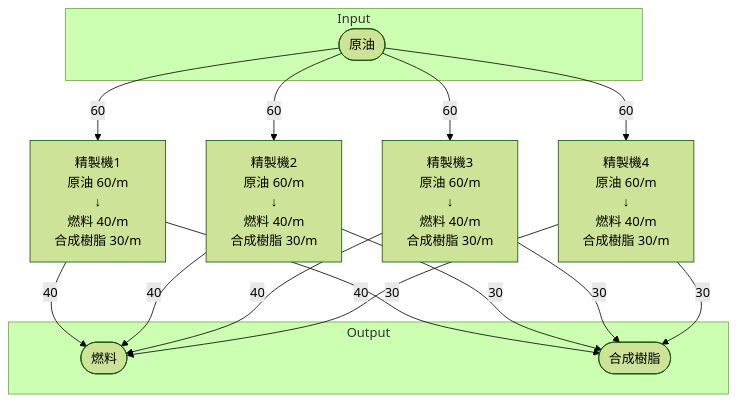
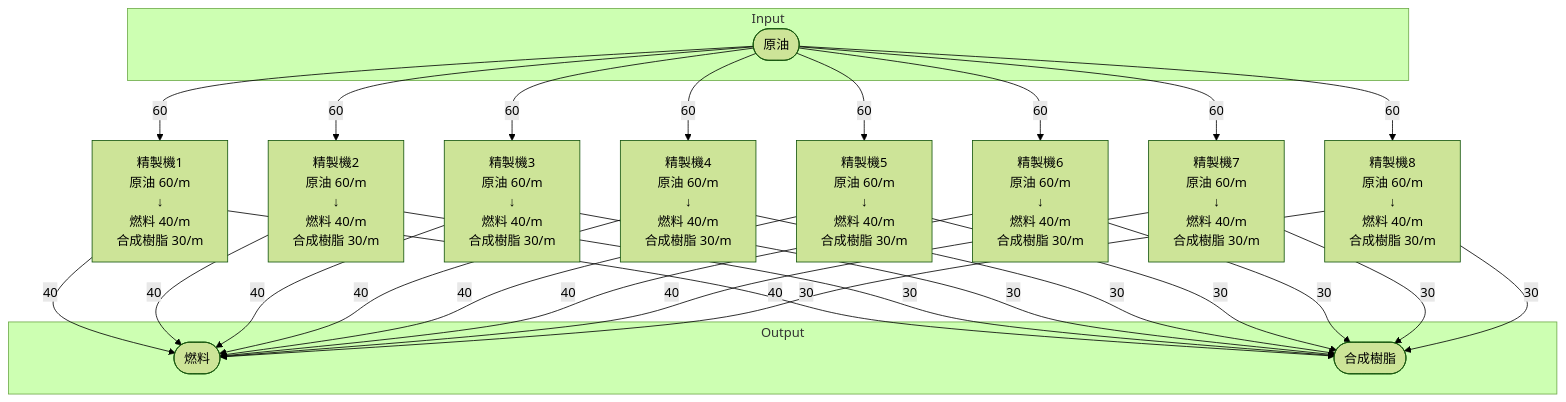
The diagram in 40_FactoryBuilding/シェブデ製油所/40_個別製造ライン設計書/個別製造ライン設計書_燃料製造ライン.md (Suzuran-Amano/SatisfactoryTaskEfficiency), drawn with Mermaid (forest theme) before and after one commit. The commit also changed other lines of this file and 8 other files, not shown here.

````diff
--- a/40_FactoryBuilding/シェブデ製油所/40_個別製造ライン設計書/個別製造ライン設計書_燃料製造ライン.md
+++ b/40_FactoryBuilding/シェブデ製油所/40_個別製造ライン設計書/個別製造ライン設計書_燃料製造ライン.md
@@ -58,6 +58,38 @@
     合成樹脂 30/m
 ]
 
+精製機5[
+    精製機5
+    原油 60/m
+    ↓
+    燃料 40/m
+    合成樹脂 30/m
+]
+
+精製機6[
+    精製機6
+    原油 60/m
+    ↓
+    燃料 40/m
+    合成樹脂 30/m
+]
+
+精製機7[
+    精製機7
+    原油 60/m
+    ↓
+    燃料 40/m
+    合成樹脂 30/m
+]
+
+精製機8[
+    精製機8
+    原油 60/m
+    ↓
+    燃料 40/m
+    合成樹脂 30/m
+]
+
 subgraph Output
     燃料([燃料])
     合成樹脂([合成樹脂])
@@ -75,4 +107,16 @@
 原油-->|60|精製機4
 精製機4-->|40|燃料
 精製機4-->|30|合成樹脂
+原油-->|60|精製機5
+精製機5-->|40|燃料
+精製機5-->|30|合成樹脂
+原油-->|60|精製機6
+精製機6-->|40|燃料
+精製機6-->|30|合成樹脂
+原油-->|60|精製機7
+精製機7-->|40|燃料
+精製機7-->|30|合成樹脂
+原油-->|60|精製機8
+精製機8-->|40|燃料
+精製機8-->|30|合成樹脂
 ```
````
